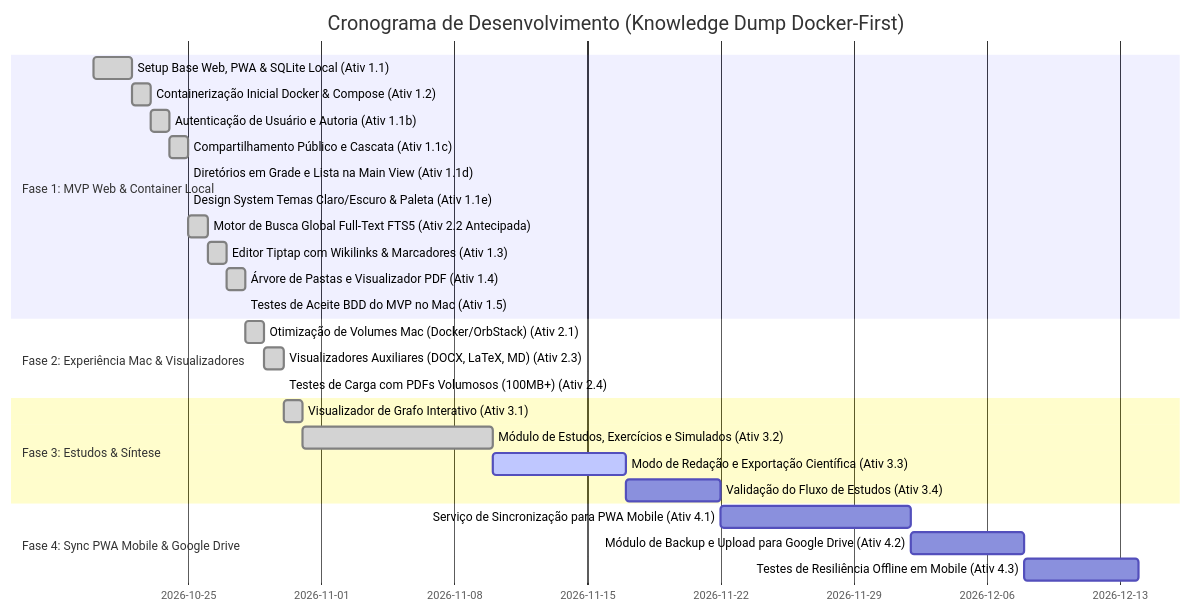
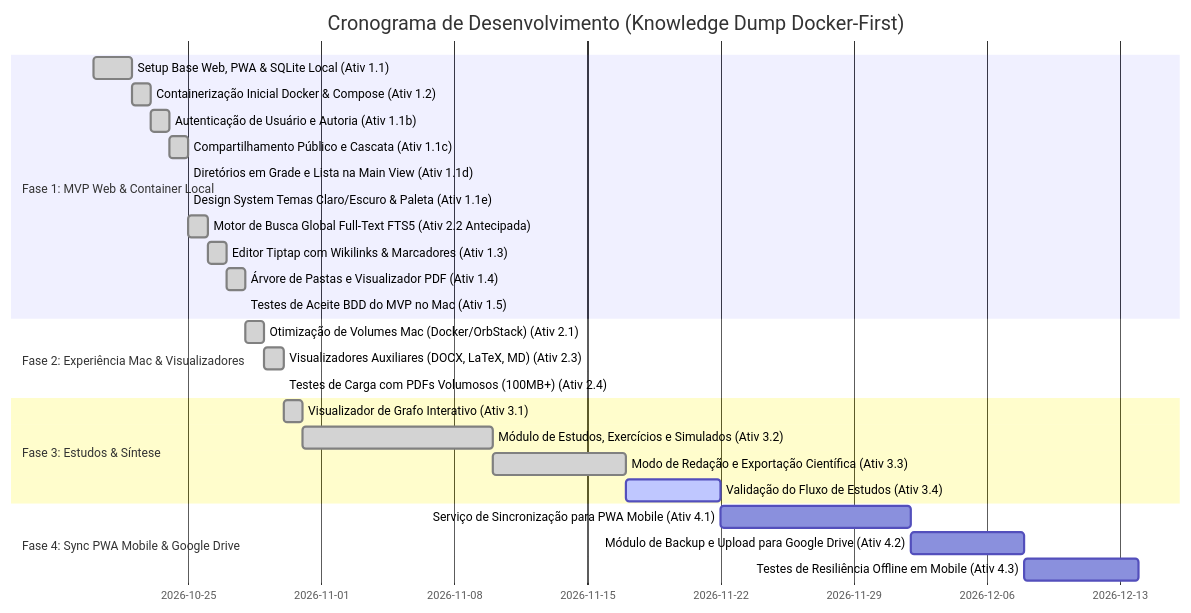
The second of 2 diagrams in docs/arquitetura_e_roadmap.md (victor-reghini/knowledge-dump), drawn with Mermaid before and after one commit. The commit also changed other lines of this file and 10 other files, not shown here.

````diff
--- a/docs/arquitetura_e_roadmap.md
+++ b/docs/arquitetura_e_roadmap.md
@@ -56,32 +56,32 @@
 ```mermaid
 gantt
     title Cronograma de Desenvolvimento (Knowledge Dump Docker-First)
     dateFormat  YYYY-MM-DD
     section Fase 1: MVP Web & Container Local
     Setup Base Web, PWA & SQLite Local (Ativ 1.1)             :done, a1, 2026-10-20, 2026-10-22
     Containerização Inicial Docker & Compose (Ativ 1.2)        :done, a2, 2026-10-22, 2026-10-23
     Autenticação de Usuário e Autoria (Ativ 1.1b)              :done, a1b, 2026-10-23, 2026-10-24
     Compartilhamento Público e Cascata (Ativ 1.1c)             :done, a1c, 2026-10-24, 2026-10-25
     Diretórios em Grade e Lista na Main View (Ativ 1.1d)       :done, a1d, 2026-10-25, 2026-10-25
     Design System Temas Claro/Escuro & Paleta (Ativ 1.1e)      :done, a1e, 2026-10-25, 2026-10-25
     Motor de Busca Global Full-Text FTS5 (Ativ 2.2 Antecipada) :done, b2, 2026-10-25, 2026-10-26
     Editor Tiptap com Wikilinks & Marcadores (Ativ 1.3)        :done, a3, 2026-10-26, 2026-10-27
     Árvore de Pastas e Visualizador PDF (Ativ 1.4)             :done, a4, 2026-10-27, 2026-10-28
     Testes de Aceite BDD do MVP no Mac (Ativ 1.5)              :done, a5, 2026-10-28, 2026-10-28
 
     section Fase 2: Experiência Mac & Visualizadores
     Otimização de Volumes Mac (Docker/OrbStack) (Ativ 2.1)     :done, b1, 2026-10-28, 2026-10-29
     Visualizadores Auxiliares (DOCX, LaTeX, MD) (Ativ 2.3)     :done, b3, 2026-10-29, 2026-10-30
     Testes de Carga com PDFs Volumosos (100MB+) (Ativ 2.4)     :done, b4, 2026-10-30, 2026-10-30
 
     section Fase 3: Estudos & Síntese
     Visualizador de Grafo Interativo (Ativ 3.1)                :done, c1, 2026-10-30, 2026-10-31
     Módulo de Estudos, Exercícios e Simulados (Ativ 3.2)       :done, c2, after c1, 10d
-    Modo de Redação e Exportação Científica (Ativ 3.3)         :active, c3, after c2, 7d
-    Validação do Fluxo de Estudos (Ativ 3.4)                   :c4, after c3, 5d
+    Modo de Redação e Exportação Científica (Ativ 3.3)         :done, c3, after c2, 7d
+    Validação do Fluxo de Estudos (Ativ 3.4)                   :active, c4, after c3, 5d
 
     section Fase 4: Sync PWA Mobile & Google Drive
     Serviço de Sincronização para PWA Mobile (Ativ 4.1)        :d1, after c4, 10d
     Módulo de Backup e Upload para Google Drive (Ativ 4.2)     :d2, after d1, 6d
     Testes de Resiliência Offline em Mobile (Ativ 4.3)         :d3, after d2, 6d
 ```
````
